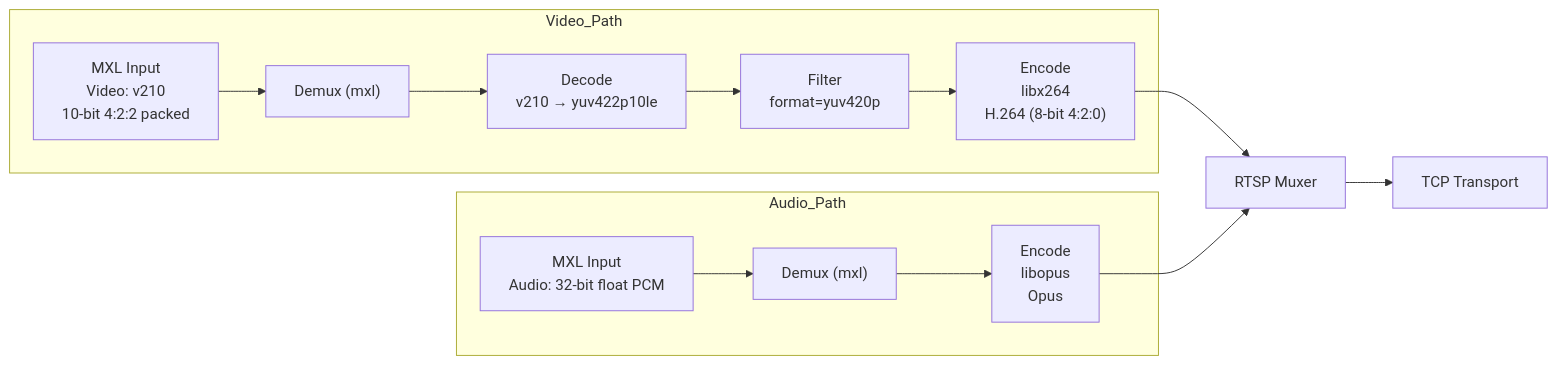
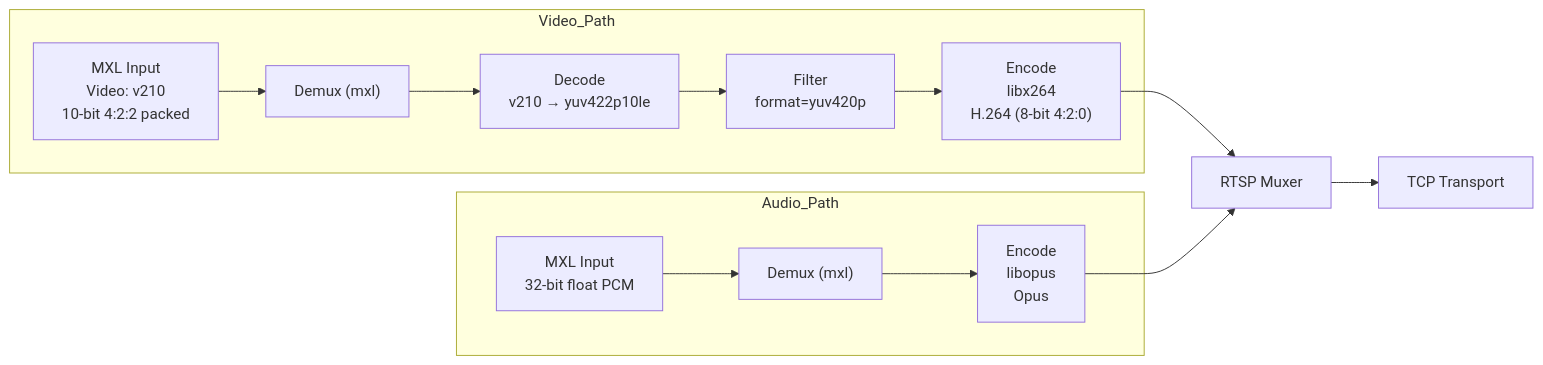
The first of 2 diagrams in docs/streaming.md (cbcrc/guidance-for-building-ffmpeg-with-mxl), drawn with Mermaid before and after one commit. The commit also changed other lines of this file, not shown here.

Commit message:
Remove redundant text from audio input labels

````diff
--- a/docs/streaming.md
+++ b/docs/streaming.md
@@ -37,24 +37,24 @@
 ```mermaid
 flowchart LR
 
     subgraph Video_Path
         VIn["MXL Input<br/>Video: v210<br/>10-bit 4:2:2 packed"]
         VDemux["Demux (mxl)"]
         VDec["Decode<br/>v210 → yuv422p10le"]
         VFilter["Filter<br/>format=yuv420p"]
         VEnc["Encode<br/>libx264<br/>H.264 (8-bit 4:2:0)"]
     end
 
     subgraph Audio_Path
-        AIn["MXL Input<br/>Audio: 32-bit float PCM"]
+        AIn["MXL Input<br/>32-bit float PCM"]
         ADemux["Demux (mxl)"]
         AEnc["Encode<br/>libopus<br/>Opus"]
     end
 
     Mux["RTSP Muxer"]
     Net["TCP Transport"]
 
     VIn --> VDemux --> VDec --> VFilter --> VEnc --> Mux
     AIn --> ADemux --> AEnc --> Mux
     Mux --> Net
 ```
````
